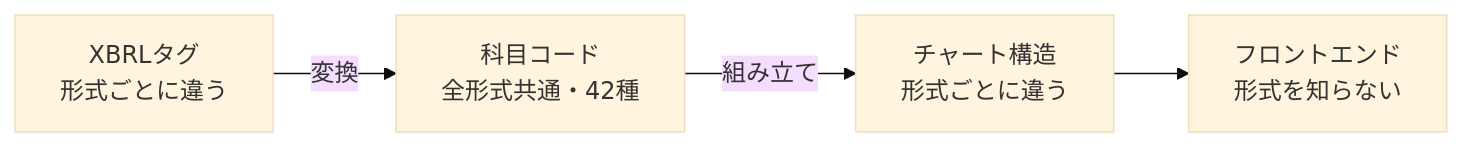
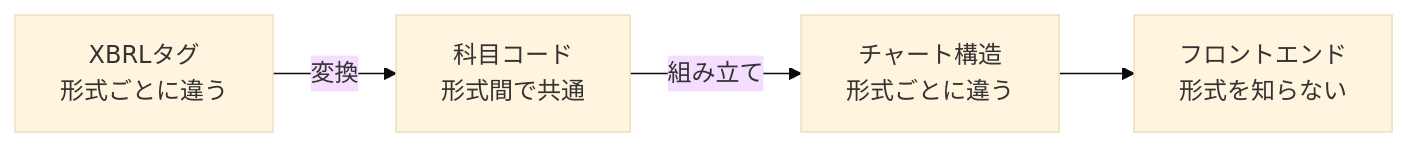
One commit to shin4488/financial-statement changed the second of 6 diagrams in docs/guide/03_data_flow.md. Above: the diagram before and after it, drawn with Mermaid (base theme). The commit also changed other lines of this file and 37 other files, not shown here.

````diff
--- a/docs/guide/03_data_flow.md
+++ b/docs/guide/03_data_flow.md
@@ -87,6 +87,6 @@
 ```mermaid
 flowchart LR
-    X["XBRLタグ<br>形式ごとに違う"] -->|変換| C["科目コード<br>全形式共通・42種"]
+    X["XBRLタグ<br>形式ごとに違う"] -->|変換| C["科目コード<br>形式間で共通"]
     C -->|組み立て| Chart["チャート構造<br>形式ごとに違う"]
     Chart --> F["フロントエンド<br>形式を知らない"]
 ```
````
